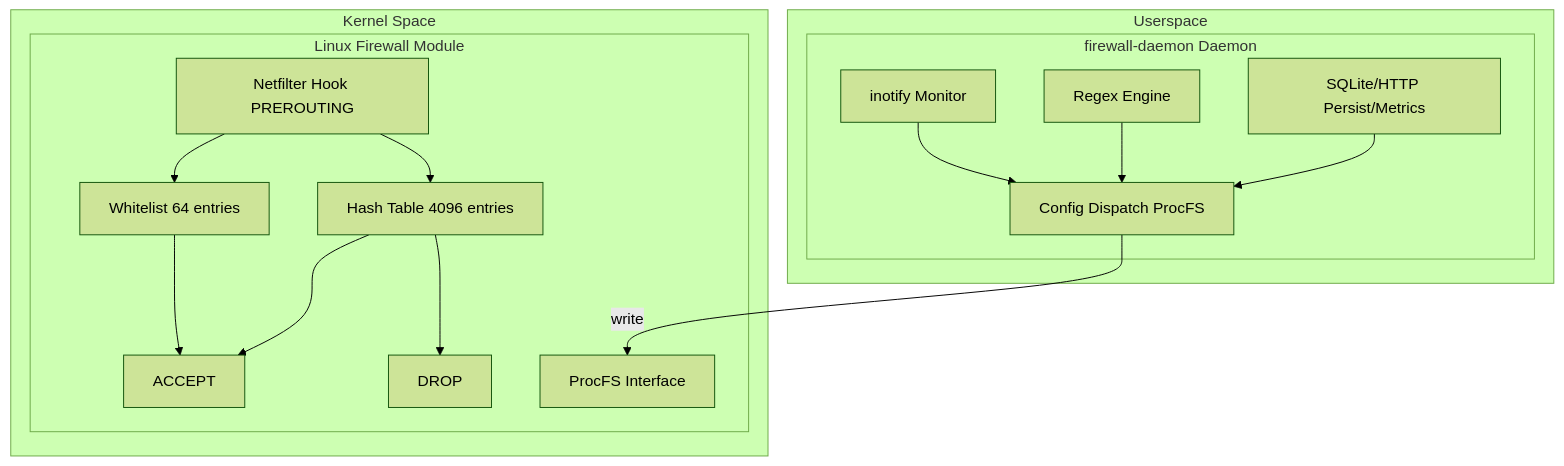
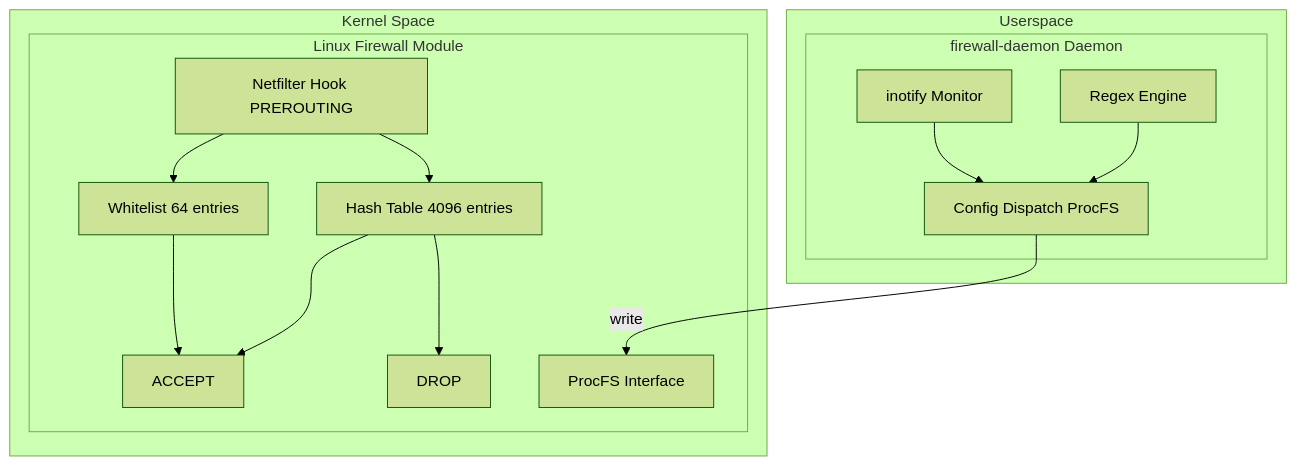
Before and after one commit to SnowCore8/linux-firewall-kmod: the first of 2 diagrams in docs/en/architecture/README.md, drawn with Mermaid (forest theme). The commit also changed other lines of this file and 39 other files, not shown here.

````diff
--- a/docs/en/architecture/README.md
+++ b/docs/en/architecture/README.md
@@ -9,34 +9,32 @@
 ```mermaid
 graph TB
     subgraph UserSpace["Userspace"]
         subgraph Daemon["firewall-daemon Daemon"]
             Inotify["inotify Monitor"]
             Regex["Regex Engine"]
-            SQLite["SQLite/HTTP Persist/Metrics"]
             ProcFS_Client["Config Dispatch ProcFS"]
 
             Inotify --> ProcFS_Client
             Regex --> ProcFS_Client
-            SQLite --> ProcFS_Client
         end
     end
 
     subgraph KernelSpace["Kernel Space"]
         subgraph Firewall["Linux Firewall Module"]
             Netfilter["Netfilter Hook PREROUTING"]
             Whitelist["Whitelist 64 entries"]
             HashTable["Hash Table 4096 entries"]
             Accept["ACCEPT"]
             Drop["DROP"]
             ProcFS_Server["ProcFS Interface"]
             
             Netfilter --> Whitelist
             Netfilter --> HashTable
             Whitelist --> Accept
             HashTable --> Accept
             HashTable --> Drop
         end
     end
 
     ProcFS_Client -->|"write"| ProcFS_Server
 ```
````
